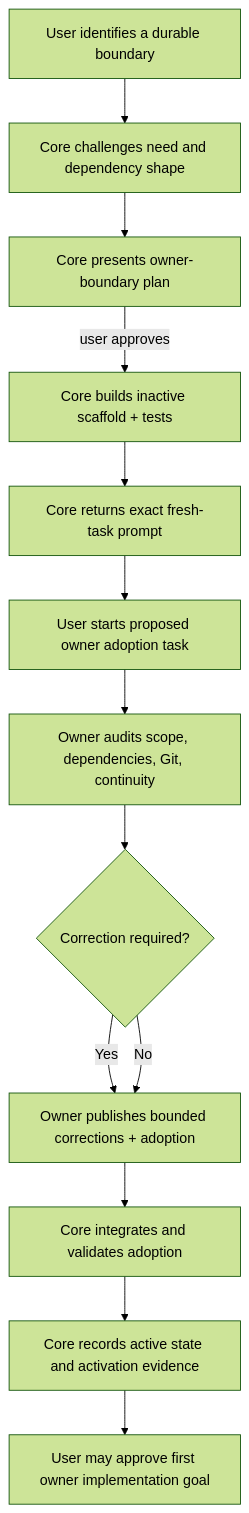
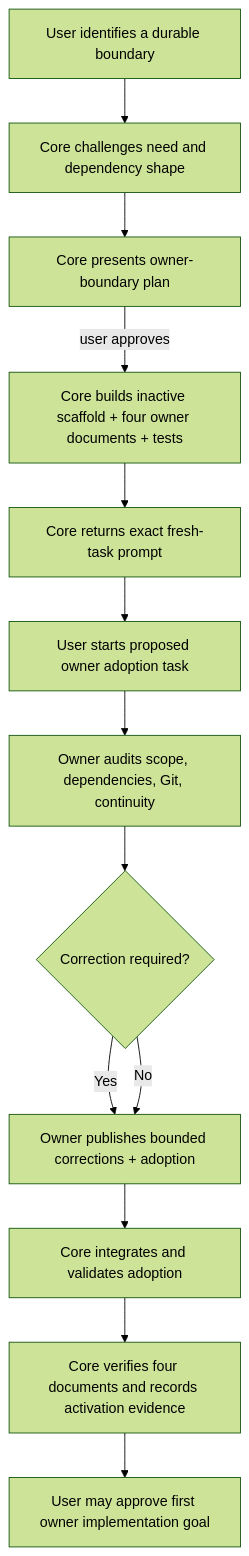
The fifth of 9 diagrams in docs/SYSTEM_USER_GUIDE.md (hancockm/governed-codex-bootstrap), drawn with Mermaid (forest theme) before and after one commit. The commit also changed other lines of this file and 38 other files, not shown here.

Commit message:
feat(governance): require owner canonical documents

````diff
--- a/docs/SYSTEM_USER_GUIDE.md
+++ b/docs/SYSTEM_USER_GUIDE.md
@@ -515,15 +541,15 @@
 ```mermaid
 flowchart TD
     Need["User identifies a durable boundary"] --> Evaluate["Core challenges need and dependency shape"]
     Evaluate --> Plan["Core presents owner-boundary plan"]
-    Plan -->|"user approves"| Scaffold["Core builds inactive scaffold + tests"]
+    Plan -->|"user approves"| Scaffold["Core builds inactive scaffold + four owner documents + tests"]
     Scaffold --> Prompt["Core returns exact fresh-task prompt"]
     Prompt --> OwnerTask["User starts proposed owner adoption task"]
     OwnerTask --> Audit["Owner audits scope, dependencies, Git, continuity"]
     Audit --> Correction{"Correction required?"}
     Correction -->|"Yes"| AdoptionBranch["Owner publishes bounded corrections + adoption"]
     Correction -->|"No"| AdoptionBranch
     AdoptionBranch --> CoreReview["Core integrates and validates adoption"]
-    CoreReview --> Activate["Core records active state and activation evidence"]
+    CoreReview --> Activate["Core verifies four documents and records activation evidence"]
     Activate --> FirstGoal["User may approve first owner implementation goal"]
 ```
````
